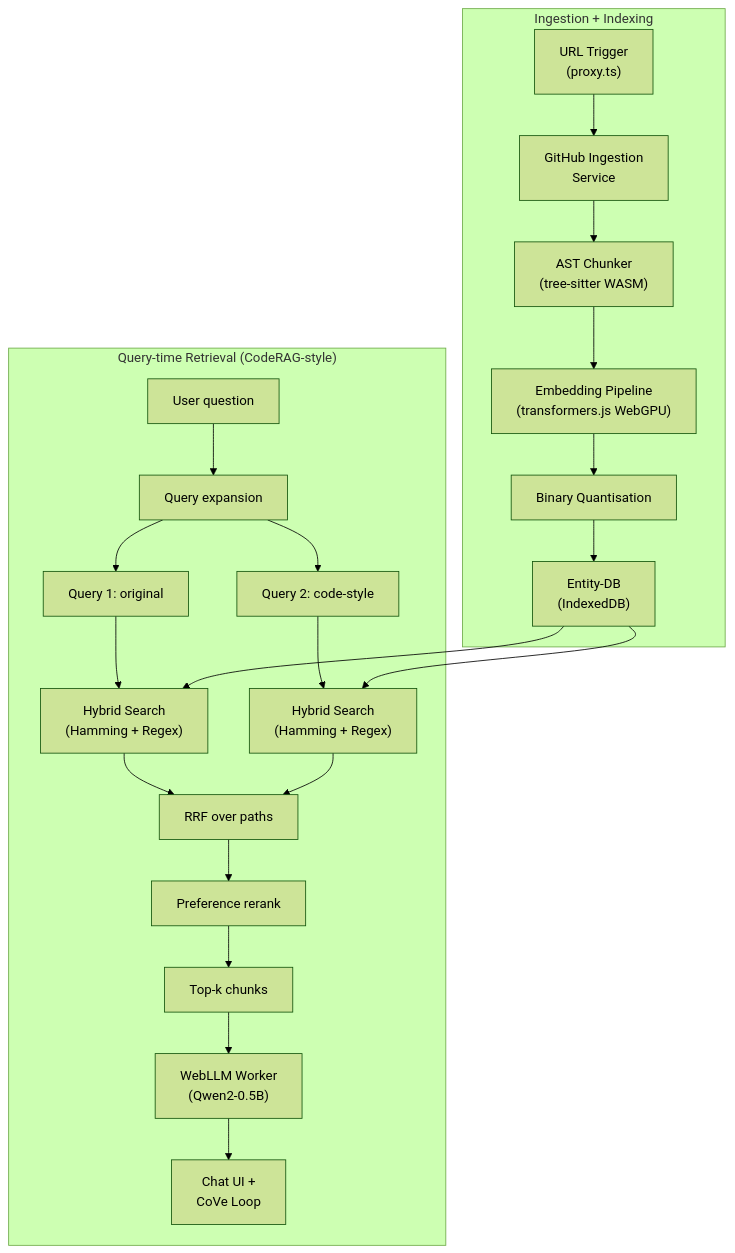
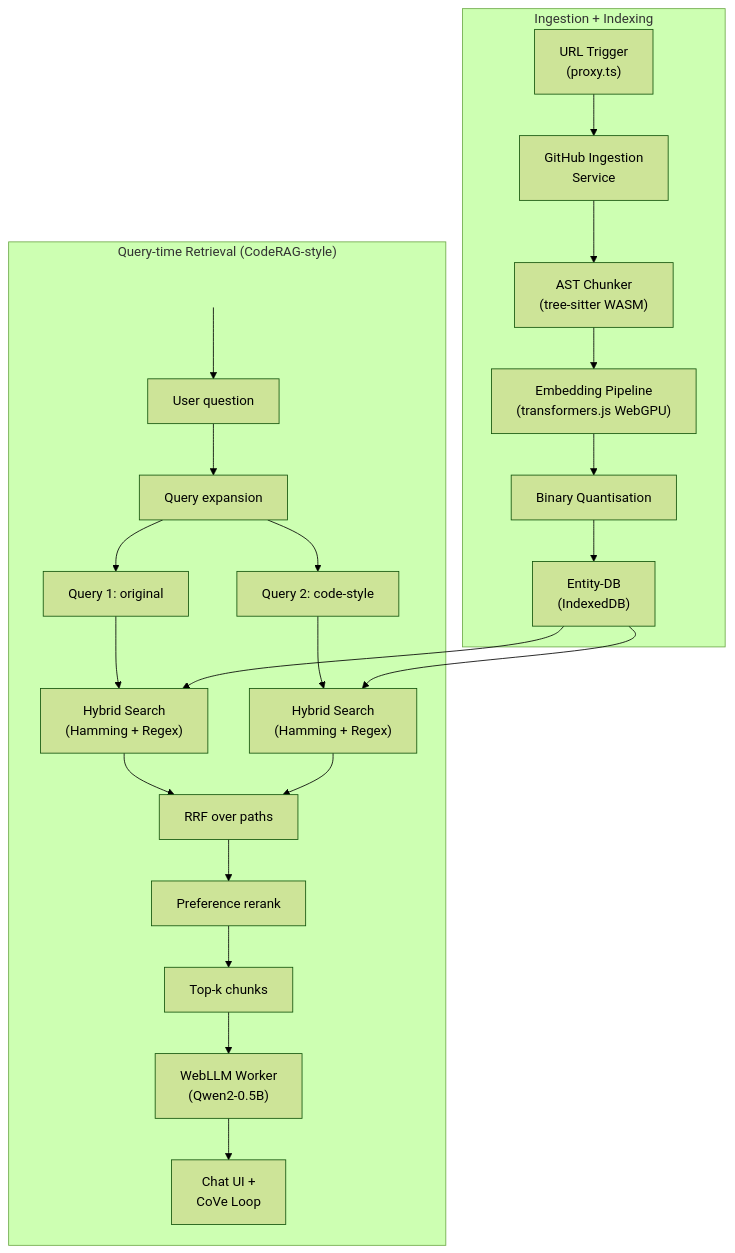
One commit to FloareDor/gitask changed the diagram in README.md. Above: the diagram before and after it, drawn with Mermaid (forest theme).

Commit message:
fix(readme): add spacing in coderag subgraph

````diff
--- a/README.md
+++ b/README.md
@@ -9,26 +9,29 @@
 ```mermaid
 flowchart TB
   subgraph Build["Ingestion + Indexing"]
     A["URL Trigger<br/>(proxy.ts)"] --> B["GitHub Ingestion<br/>Service"]
     B --> C["AST Chunker<br/>(tree-sitter WASM)"]
     C --> D["Embedding Pipeline<br/>(transformers.js WebGPU)"]
     D --> E["Binary Quantisation"]
     E --> F["Entity-DB<br/>(IndexedDB)"]
   end
 
   subgraph Query["Query-time Retrieval (CodeRAG-style)"]
-    Q["User question"] --> QE["Query expansion"]
+    SP[" "]
+    SP --> Q["User question"]
+    Q --> QE["Query expansion"]
     QE --> Q1["Query 1: original"]
     QE --> Q2["Query 2: code-style"]
     Q1 --> H1["Hybrid Search<br/>(Hamming + Regex)"]
     Q2 --> H2["Hybrid Search<br/>(Hamming + Regex)"]
     F --> H1
     F --> H2
     H1 --> RRF["RRF over paths"]
     H2 --> RRF
     RRF --> Pref["Preference rerank"]
     Pref --> Top["Top-k chunks"]
     Top --> I["WebLLM Worker<br/>(Qwen2-0.5B)"]
     I --> J["Chat UI +<br/>CoVe Loop"]
+    style SP fill:transparent,stroke:transparent,color:transparent
   end
 ```
````
